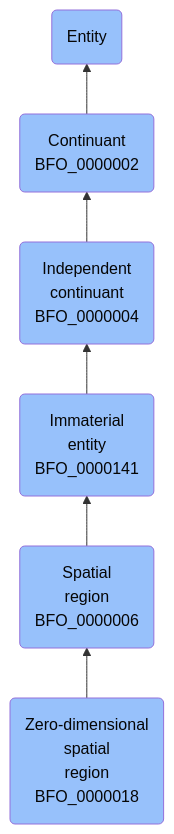
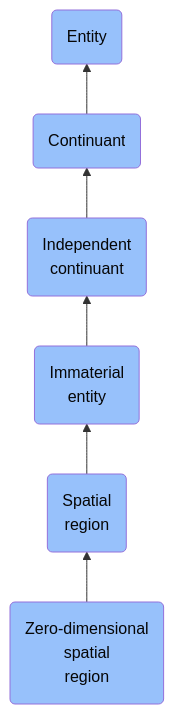
One commit to jupyter-naas/abi changed the diagram in docs/ontology/reference/model/Entity/Continuant/Independent continuant/Immaterial entity/Spatial region/Zero-dimensional spatial region/Zero-dimensional spatial region.md. Above: the diagram before and after it, drawn with Mermaid. The commit also changed other lines of this file and 1430 other files, not shown here.

````diff
--- a/docs/ontology/reference/model/Entity/Continuant/Independent continuant/Immaterial entity/Spatial region/Zero-dimensional spatial region/Zero-dimensional spatial region.md
+++ b/docs/ontology/reference/model/Entity/Continuant/Independent continuant/Immaterial entity/Spatial region/Zero-dimensional spatial region/Zero-dimensional spatial region.md
@@ -24,13 +24,13 @@
 ```mermaid
 graph BT
-    BFO_0000018(Zero-dimensional<br>spatial<br>region<br>BFO_0000018):::BFO-->BFO_0000006
-    BFO_0000006(Spatial<br>region<br>BFO_0000006):::BFO-->BFO_0000141
-    BFO_0000141(Immaterial<br>entity<br>BFO_0000141):::BFO-->BFO_0000004
-    BFO_0000004(Independent<br>continuant<br>BFO_0000004):::BFO-->BFO_0000002
-    BFO_0000002(Continuant<br>BFO_0000002):::BFO-->BFO_0000001
+    BFO_0000018(Zero-dimensional<br>spatial<br>region):::BFO-->BFO_0000006
+    BFO_0000006(Spatial<br>region):::BFO-->BFO_0000141
+    BFO_0000141(Immaterial<br>entity):::BFO-->BFO_0000004
+    BFO_0000004(Independent<br>continuant):::BFO-->BFO_0000002
+    BFO_0000002(Continuant):::BFO-->BFO_0000001
     BFO_0000001(Entity):::BFO
     
     classDef BFO fill:#97c1fb,color:#060606
     classDef CCO fill:#e4c51e,color:#060606
     classDef ABI fill:#48DD82,color:#060606
 ```
````
